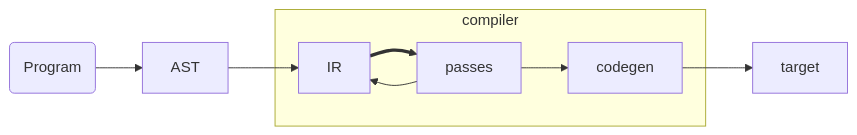
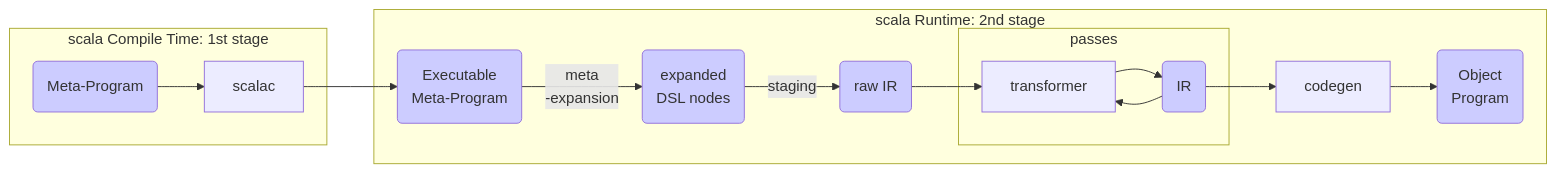
One commit to rubenfiszel/master-thesis changed the second of 3 diagrams in src/interpreter.md. Above: the diagram before and after it, drawn with Mermaid. The commit also changed other lines of this file and 11 other files, not shown here.

````diff
--- a/src/interpreter.md
+++ b/src/interpreter.md
@@ -71,17 +119,29 @@
 ```mermaid
 graph LR
-    prog(Program)
-	AST
-	subgraph compiler
-	IR
-	passes
+	subgraph scala Compile Time: 1st stage
+    prog(Meta-Program)
+	scalac
+	end
+	subgraph scala Runtime: 2nd stage
+    exec(Executable <br/>Meta-Program)
+	expanded(expanded <br/>DSL nodes)
+	OIR(raw IR)
+	subgraph passes
+	transformer
+	IR(IR)
+	end
 	codegen
+	target(Object <br/>Program)
 	end
-	target
-	prog-->AST
-	AST-->IR
-	IR==>passes
-	passes-->IR
-	passes-->codegen
+	prog-->scalac
+	scalac-->exec
+	exec-->|meta <br/>-expansion|expanded
+	expanded-->|staging|OIR
+	OIR-->transformer
+	IR-->transformer
+	transformer-->IR
+	IR-->codegen
 	codegen-->target
+    classDef elem fill:#ccf;	
+	class prog,exec,expanded,OIR,IR,target elem
 ```
````
